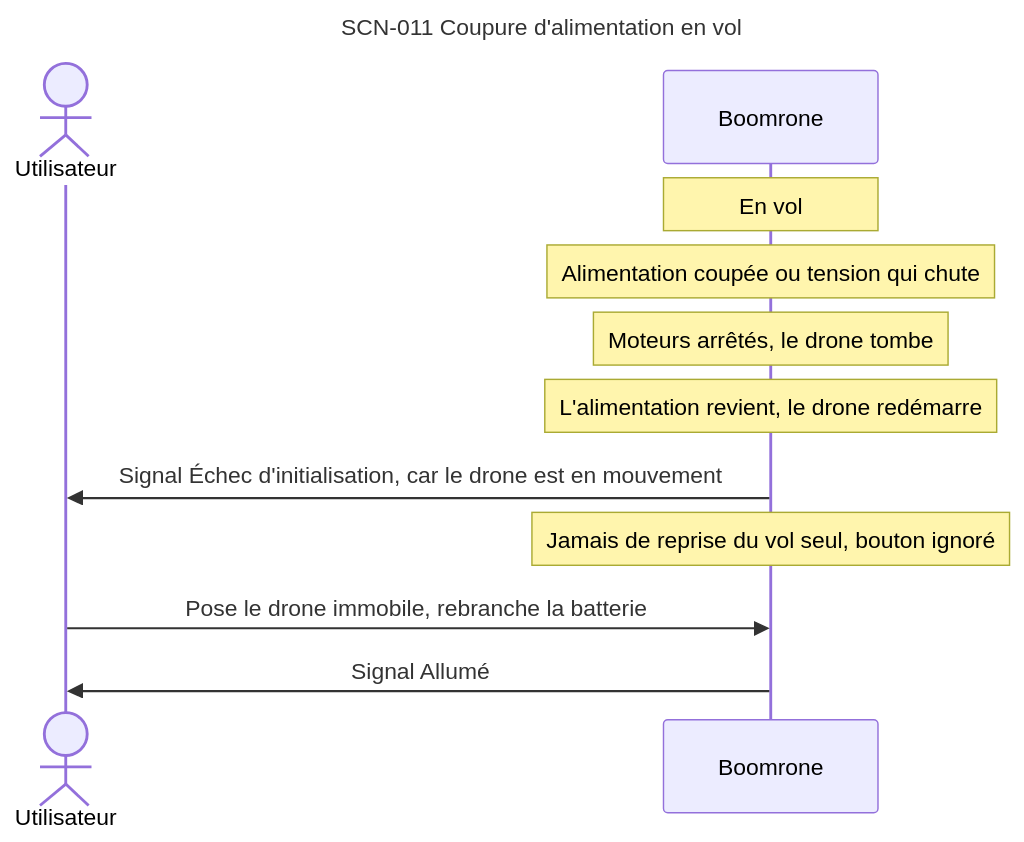
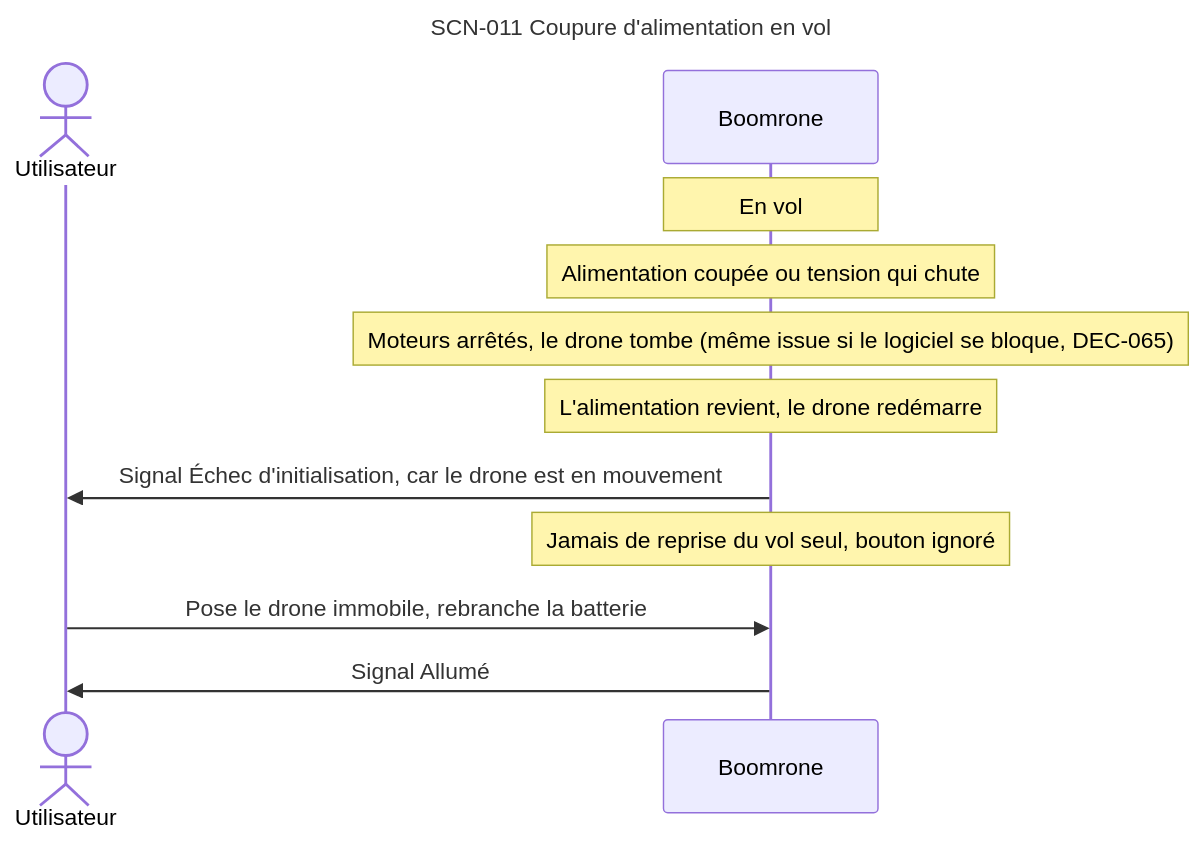
Before and after one commit to thourymatthieu-png/coworker_archi_system: diagram 13 of 13 in projets/boomrone/00-scenarios.md, drawn with Mermaid. The commit also changed other lines of this file and 5 other files, not shown here.

Commit message:
Boomrone : titres DEC/DOU corrigés, relectures des diagrammes, note de reprise ; règle de contradiction dans la charte

````diff
--- a/projets/boomrone/00-scenarios.md
+++ b/projets/boomrone/00-scenarios.md
@@ -458,16 +471,16 @@
 ```mermaid
 ---
 title: "SCN-011 Coupure d'alimentation en vol"
 ---
 sequenceDiagram
     actor U as Utilisateur
     participant D as Boomrone
     Note over D: En vol
     Note over D: Alimentation coupée ou tension qui chute
-    Note over D: Moteurs arrêtés, le drone tombe
+    Note over D: Moteurs arrêtés, le drone tombe (même issue si le logiciel se bloque, DEC-065)
     Note over D: L'alimentation revient, le drone redémarre
     D->>U: Signal Échec d'initialisation, car le drone est en mouvement
     Note over D: Jamais de reprise du vol seul, bouton ignoré
     U->>D: Pose le drone immobile, rebranche la batterie
     D->>U: Signal Allumé
 ```
````
